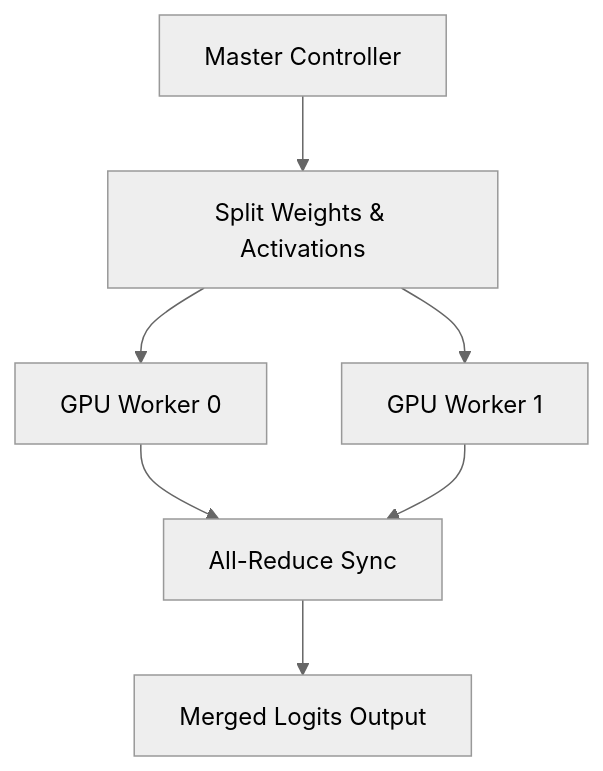
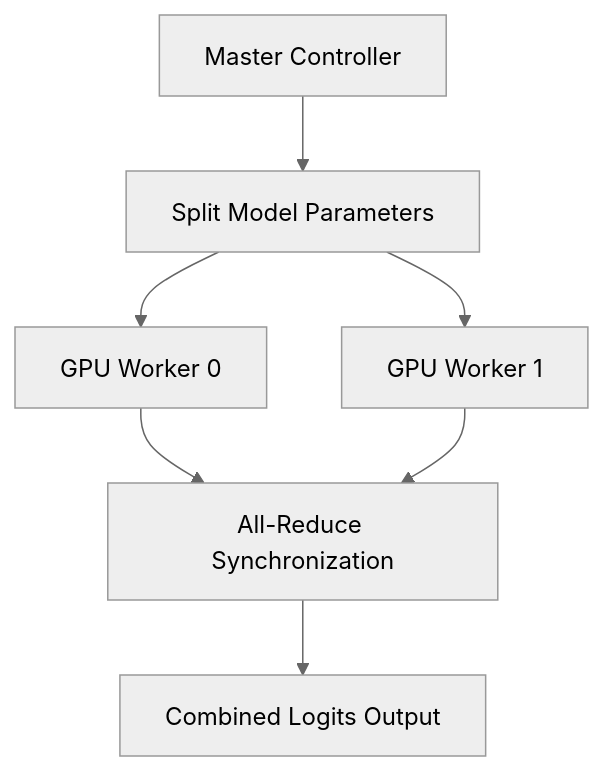
The third of 6 diagrams in docs/features.md (Ammar-Alnagar/mini-sglang-rs), drawn with Mermaid (neutral theme) before and after one commit. The commit also changed other lines of this file and 4 other files, not shown here.

First line of the commit message:
Update documentation and system diagrams (#4)

````diff
--- a/docs/features.md
+++ b/docs/features.md
@@ -46,9 +59,9 @@
 ```mermaid
 flowchart TD
-    Master[Master Controller] --> Split[Split Weights & Activations]
-    Split --> GPU0[GPU Worker 0]
-    Split --> GPU1[GPU Worker 1]
-    GPU0 --> Sync[All-Reduce Sync]
+    Master["Master Controller"] --> Split["Split Model Parameters"]
+    Split --> GPU0["GPU Worker 0"]
+    Split --> GPU1["GPU Worker 1"]
+    GPU0 --> Sync["All-Reduce Synchronization"]
     GPU1 --> Sync
-    Sync --> Output[Merged Logits Output]
+    Sync --> Output["Combined Logits Output"]
 ```
````
